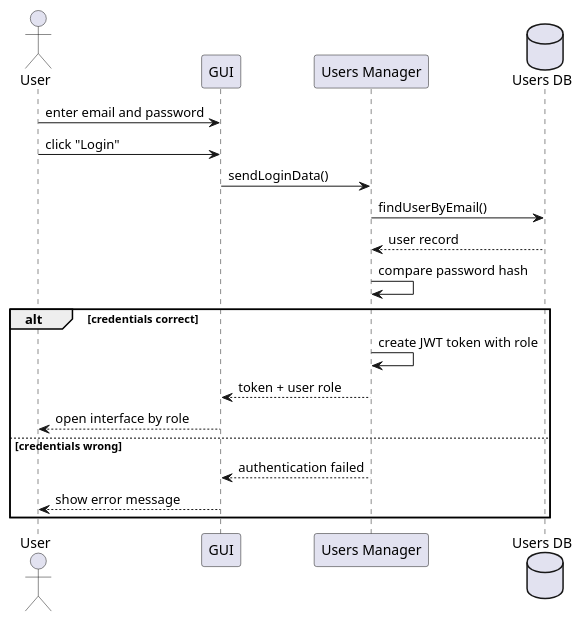
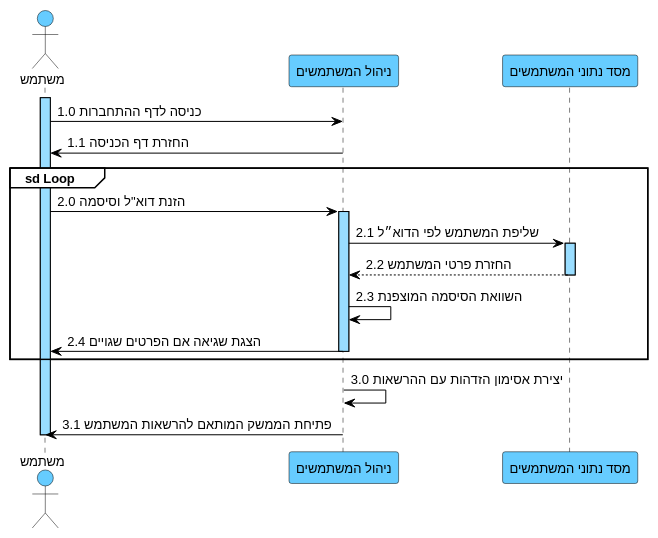
The diagram in docs/diagrams/puml/02-seq-suc02-התחברות.puml (arielkaplan20/GOLDEN_HAIR_SALOAN), drawn with PlantUML before and after one commit. The commit also changed 26 other files, not shown here.

```diff
--- a/docs/diagrams/puml/02-seq-suc02-התחברות.puml
+++ b/docs/diagrams/puml/02-seq-suc02-התחברות.puml
@@ -1,21 +1,44 @@
 @startuml
-actor User
-participant GUI
-participant "Users Manager" as UM
-database "Users DB" as DB
+skinparam backgroundColor white
+skinparam defaultFontName Arial
+skinparam defaultFontSize 13
+skinparam sequence {
+ArrowColor black
+ArrowFontColor black
+ActorBorderColor black
+ActorBackgroundColor #66CCFF
+LifeLineBorderColor black
+LifeLineBackgroundColor #99DDFF
+ParticipantBorderColor black
+ParticipantBackgroundColor #66CCFF
+ParticipantFontColor black
+ParticipantFontSize 13
+GroupBorderColor black
+GroupBackgroundColor white
+GroupHeaderFontColor black
+}
 
-User -> GUI : enter email and password
-User -> GUI : click "Login"
-GUI -> UM : sendLoginData()
-UM -> DB : findUserByEmail()
-DB --> UM : user record
-UM -> UM : compare password hash
-alt credentials correct
-UM -> UM : create JWT token with role
-UM --> GUI : token + user role
-GUI --> User : open interface by role
-else credentials wrong
-UM --> GUI : authentication failed
-GUI --> User : show error message
+actor "משתמש" as U
+participant "ניהול המשתמשים" as UM
+participant "מסד נתוני המשתמשים" as DB
+
+activate U
+U -> UM : 1.0 כניסה לדף ההתחברות
+UM -> U : 1.1 החזרת דף הכניסה
+
+group sd Loop
+U -> UM : 2.0 הזנת דוא"ל וסיסמה
+activate UM
+UM -> DB : 2.1 שליפת המשתמש לפי הדוא״ל
+activate DB
+DB --> UM : 2.2 החזרת פרטי המשתמש
+deactivate DB
+UM -> UM : 2.3 השוואת הסיסמה המוצפנת
+UM -> U : 2.4 הצגת שגיאה אם הפרטים שגויים
+deactivate UM
 end
+
+UM -> UM : 3.0 יצירת אסימון הזדהות עם ההרשאות
+UM -> U : 3.1 פתיחת הממשק המותאם להרשאות המשתמש
+deactivate U
 @enduml
```
